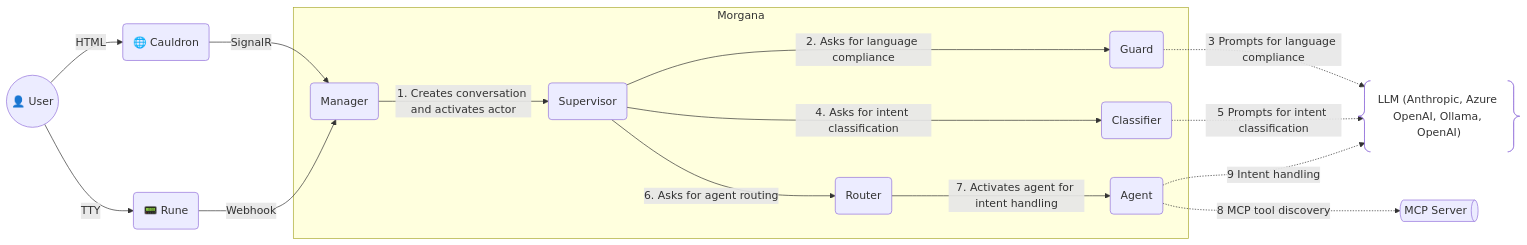
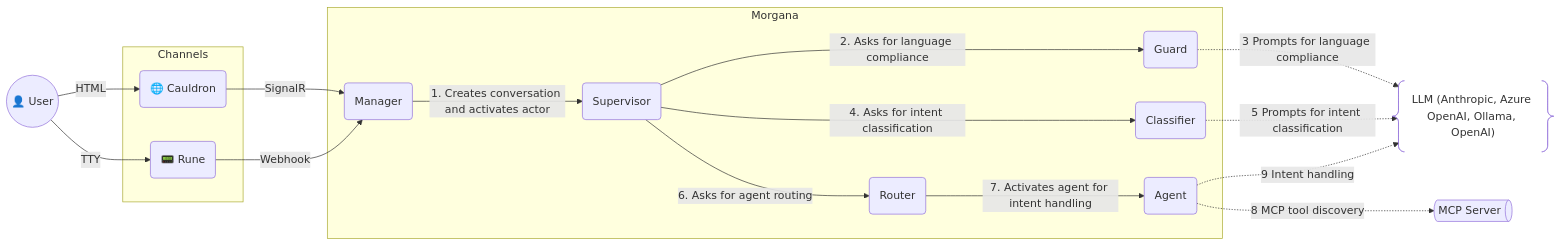
Before and after one commit to mdesalvo/Morgana: the first of 2 diagrams in README.md, drawn with Mermaid. The commit also changed other lines of this file, not shown here.

````diff
--- a/README.md
+++ b/README.md
@@ -79,34 +79,42 @@
 ```mermaid
 graph LR
+  U@{shape: circle, label: "👤 User"}
+
   %% Channels (reference clients, out-of-the-box)
-  U@{shape: circle, label: "👤 User"} -- HTML --> CLD@{shape: rounded, label: "🌐 Cauldron"}
-  U -- TTY --> RUN@{shape: rounded, label: "📟 Rune"}
+  subgraph Channels["Channels"]
+    CLD@{shape: rounded, label: "🌐 Cauldron"}
+    RUN@{shape: rounded, label: "📟 Rune"}
+  end
 
   %% Backend boundary
   subgraph Morgana["Morgana"]
     CM@{shape: rounded, label: "Manager"}
     SV@{shape: rounded, label: "Supervisor"}
 
     G@{shape: rounded, label: "Guard"}
     C@{shape: rounded, label: "Classifier"}
     R@{shape: rounded, label: "Router"}
     MA@{shape: rounded, label: "Agent"}
   end
+
+  %% User → Channel
+  U -- HTML --> CLD
+  U -- TTY --> RUN
 
   %% Channel → BE
   CLD -- SignalR --> CM
   RUN -- Webhook --> CM
   CM -- 1. Creates conversation and activates actor --> SV
 
   %% Internal BE flow
   SV -- 2. Asks for language compliance --> G
   SV -- 4. Asks for intent classification --> C
   SV -- 6. Asks for agent routing --> R
   R -- 7. Activates agent for intent handling --> MA
 
   %% External systems
   G -. 3 Prompts for language compliance .-> LLM@{shape: braces, label: "LLM (Anthropic, Azure OpenAI, Ollama, OpenAI)"}
   C -. 5 Prompts for intent classification .-> LLM
   MA -. 8 MCP tool discovery .-> MCP@{shape: das, label: "MCP Server"}
   MA -. 9 Intent handling .-> LLM
 ```
````
